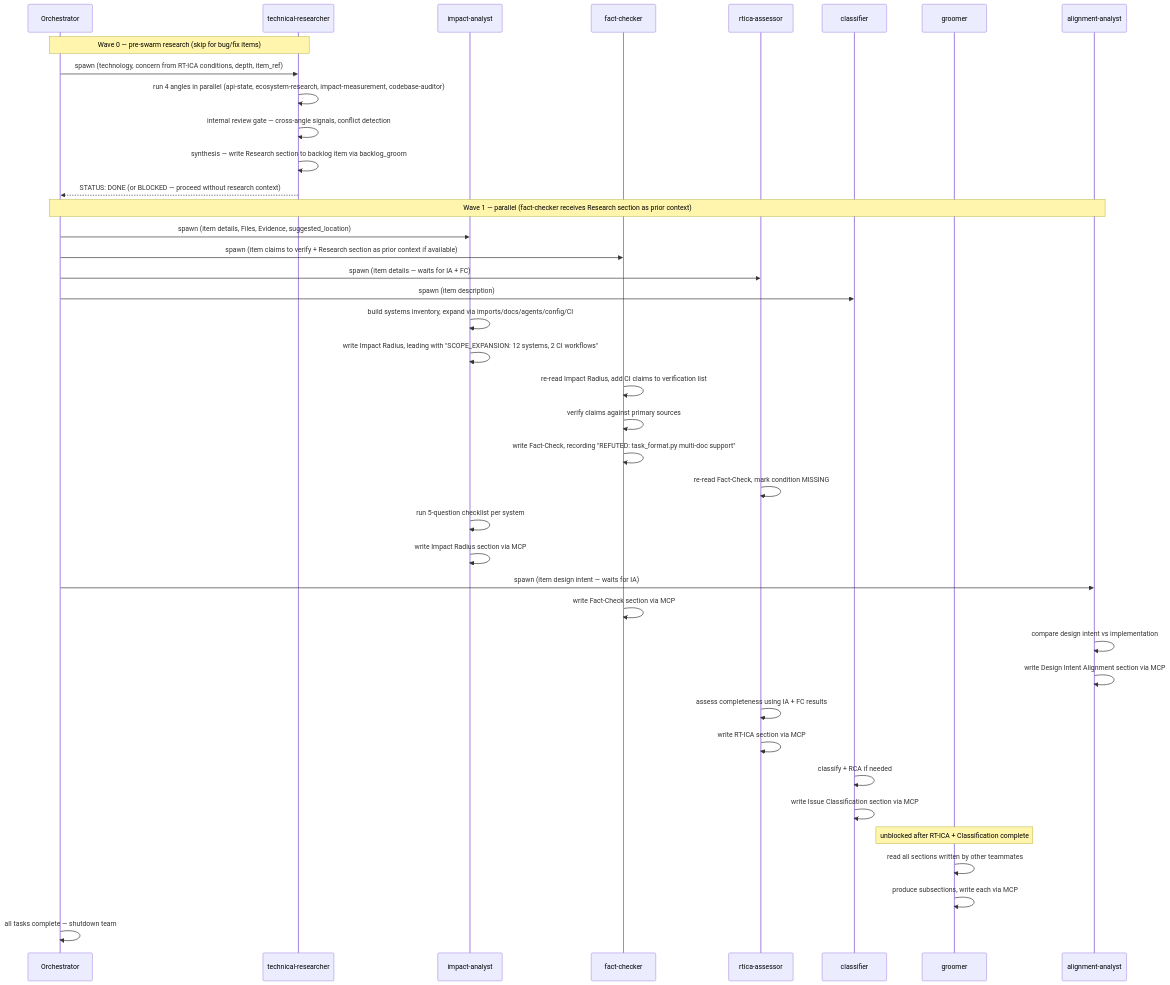
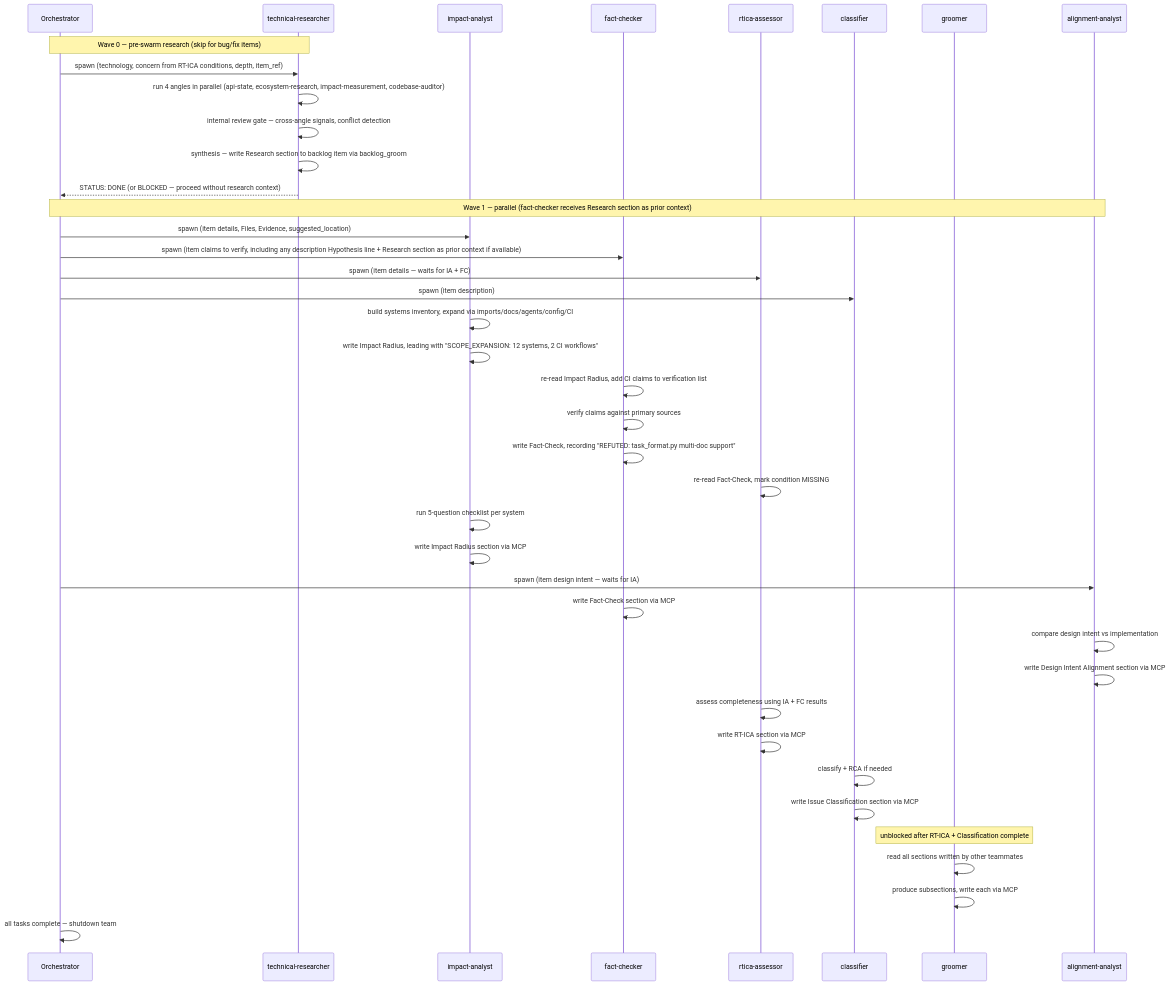
The first of 2 diagrams in plugins/development-harness/skills/work-backlog-item/references/workflows/groom/swarm.md (Jamie-BitFlight/claude_skills), drawn with Mermaid before and after one commit. The commit also changed other lines of this file and 108 other files, not shown here.

````diff
--- a/plugins/development-harness/skills/work-backlog-item/references/workflows/groom/swarm.md
+++ b/plugins/development-harness/skills/work-backlog-item/references/workflows/groom/swarm.md
@@ -53,53 +46,53 @@
 ```mermaid
 sequenceDiagram
     participant O as Orchestrator
     participant TR as technical-researcher
     participant IA as impact-analyst
     participant FC as fact-checker
     participant RT as rtica-assessor
     participant CL as classifier
     participant GR as groomer
     participant AA as alignment-analyst
 
     Note over O,TR: Wave 0 — pre-swarm research (skip for bug/fix items)
     O->>TR: spawn (technology, concern from RT-ICA conditions, depth, item_ref)
     TR->>TR: run 4 angles in parallel (api-state, ecosystem-research, impact-measurement, codebase-auditor)
     TR->>TR: internal review gate — cross-angle signals, conflict detection
     TR->>TR: synthesis — write Research section to backlog item via backlog_groom
     TR-->>O: STATUS: DONE (or BLOCKED — proceed without research context)
 
     Note over O,AA: Wave 1 — parallel (fact-checker receives Research section as prior context)
     O->>IA: spawn (item details, Files, Evidence, suggested_location)
-    O->>FC: spawn (item claims to verify + Research section as prior context if available)
+    O->>FC: spawn (item claims to verify, including any description Hypothesis line + Research section as prior context if available)
     O->>RT: spawn (item details — waits for IA + FC)
     O->>CL: spawn (item description)
 
     IA->>IA: build systems inventory, expand via imports/docs/agents/config/CI
     IA->>IA: write Impact Radius, leading with "SCOPE_EXPANSION: 12 systems, 2 CI workflows"
     FC->>FC: re-read Impact Radius, add CI claims to verification list
 
     FC->>FC: verify claims against primary sources
     FC->>FC: write Fact-Check, recording "REFUTED: task_format.py multi-doc support"
     RT->>RT: re-read Fact-Check, mark condition MISSING
 
     IA->>IA: run 5-question checklist per system
     IA->>IA: write Impact Radius section via MCP
     O->>AA: spawn (item design intent — waits for IA)
 
     FC->>FC: write Fact-Check section via MCP
 
     AA->>AA: compare design intent vs implementation
     AA->>AA: write Design Intent Alignment section via MCP
 
     RT->>RT: assess completeness using IA + FC results
     RT->>RT: write RT-ICA section via MCP
 
     CL->>CL: classify + RCA if needed
     CL->>CL: write Issue Classification section via MCP
 
     Note over GR: unblocked after RT-ICA + Classification complete
     GR->>GR: read all sections written by other teammates
     GR->>GR: produce subsections, write each via MCP
 
     O->>O: all tasks complete — shutdown team
 ```
````
